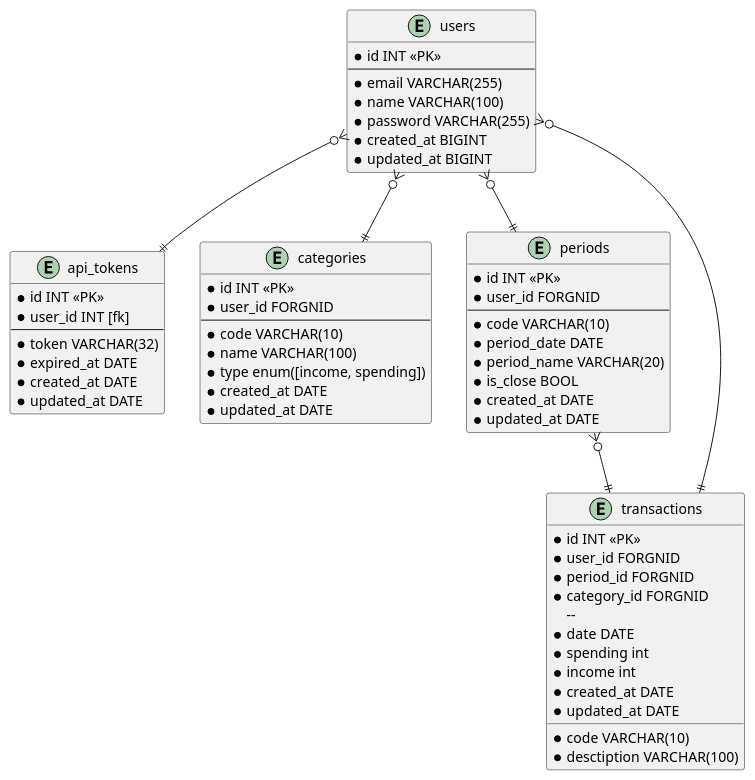
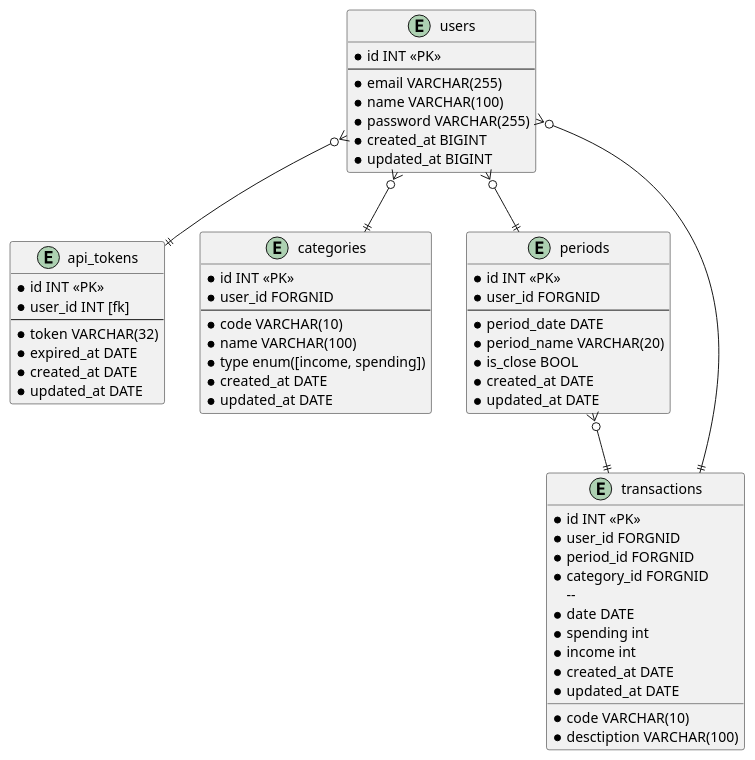
The diagram in docs/database/1_0_0.puml (dinarwijaksono/catet-uang), drawn with PlantUML before and after one commit. The commit also changed 7 other files, not shown here.

```diff
--- a/docs/database/1_0_0.puml
+++ b/docs/database/1_0_0.puml
@@ -1,67 +1,66 @@
 @startuml
 
 entity users {
     * id INT <<PK>>
     --
     * email VARCHAR(255)
     * name VARCHAR(100)
     * password VARCHAR(255)
     * created_at BIGINT
     * updated_at BIGINT 
 }
 
 entity api_tokens {
     * id INT <<PK>>
     * user_id INT [fk]
     --
     * token VARCHAR(32)
     * expired_at DATE
     * created_at DATE
     * updated_at DATE 
 }
 
 entity categories {
     * id INT <<PK>>
     * user_id FORGNID
     --
     * code VARCHAR(10)
     * name VARCHAR(100)
     * type enum([income, spending])
     * created_at DATE
     * updated_at DATE
 }
 
 entity periods {
     * id INT <<PK>>
     * user_id FORGNID
     --
-    * code VARCHAR(10)
     * period_date DATE
     * period_name VARCHAR(20)
     * is_close BOOL
     * created_at DATE
     * updated_at DATE
 }
 
 entity transactions {
     * id INT <<PK>>
     * user_id FORGNID
     * period_id FORGNID
     * category_id FORGNID
     --  
     * code VARCHAR(10)
     * date DATE
     * desctiption VARCHAR(100)
     * spending int
     * income int
     * created_at DATE
     * updated_at DATE 
 }
 
 users }o--|| api_tokens
 users }o--|| categories
 users }o--|| periods
 users }o--|| transactions
 periods }o--|| transactions
 
 @enduml
```
